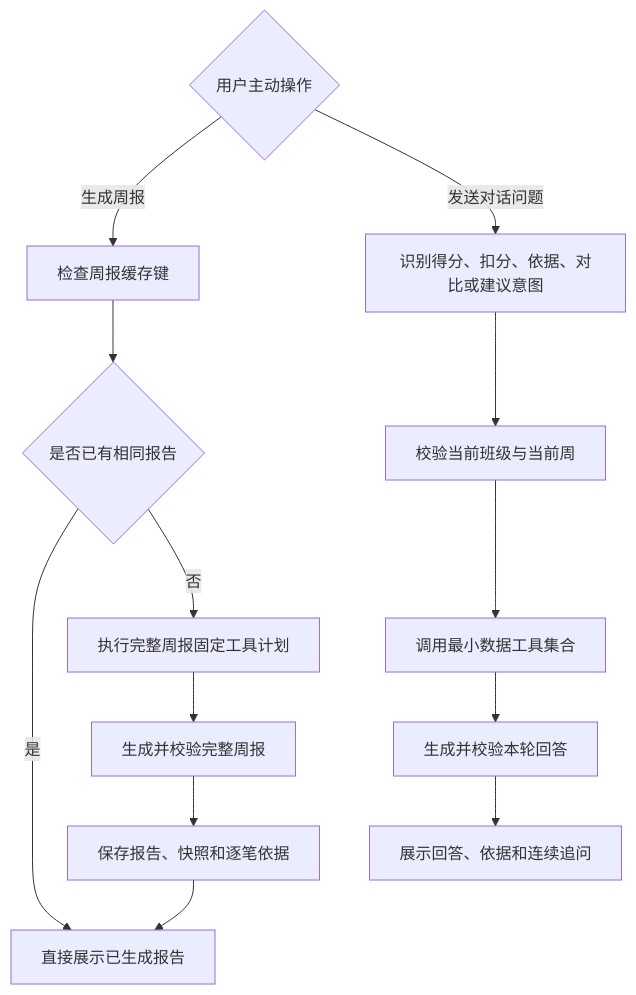
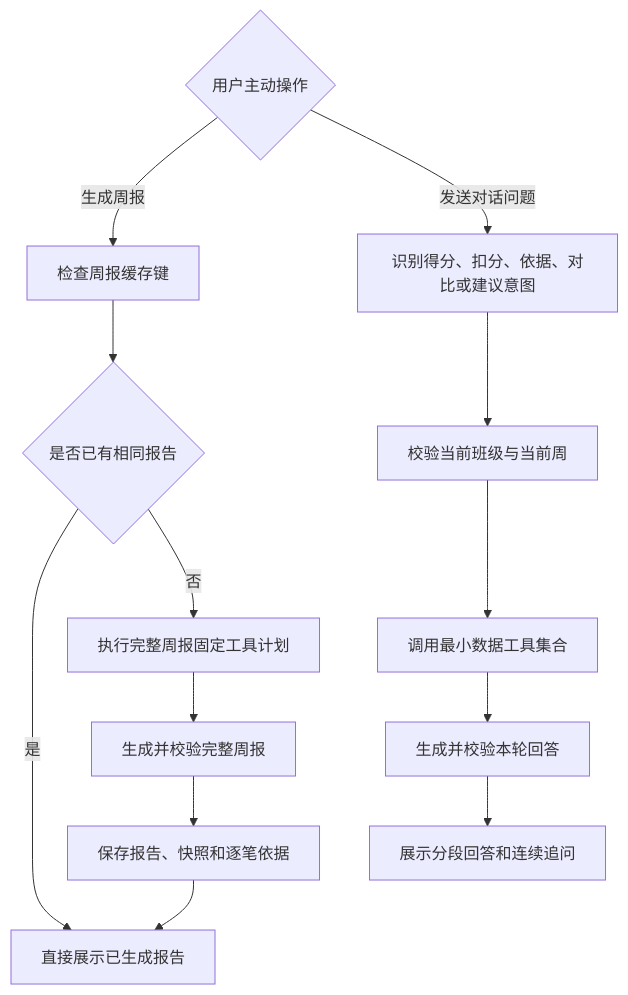
Before and after one commit to 278553873-hub/smart-campus-redeem-terminal: the diagram in docs/PRD-班主任助理V2-班级周评分析Agent.md, drawn with Mermaid. The commit also changed other lines of this file and 46 other files, not shown here.

````diff
--- a/docs/PRD-班主任助理V2-班级周评分析Agent.md
+++ b/docs/PRD-班主任助理V2-班级周评分析Agent.md
@@ -272,16 +274,16 @@
 ```mermaid
 flowchart TD
     A{"用户主动操作"} -->|"生成周报"| B["检查周报缓存键"]
     B --> C{"是否已有相同报告"}
     C -->|"是"| D["直接展示已生成报告"]
     C -->|"否"| E["执行完整周报固定工具计划"]
     E --> F["生成并校验完整周报"]
     F --> G["保存报告、快照和逐笔依据"]
     G --> D
 
     A -->|"发送对话问题"| H["识别得分、扣分、依据、对比或建议意图"]
     H --> I["校验当前班级与当前周"]
     I --> J["调用最小数据工具集合"]
     J --> K["生成并校验本轮回答"]
-    K --> L["展示回答、依据和连续追问"]
+    K --> L["展示分段回答和连续追问"]
 ```
````
